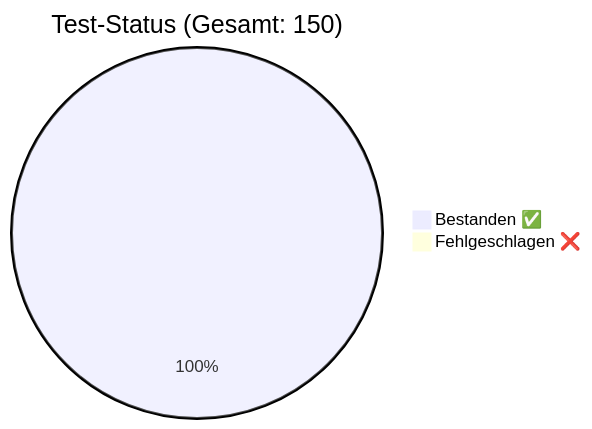
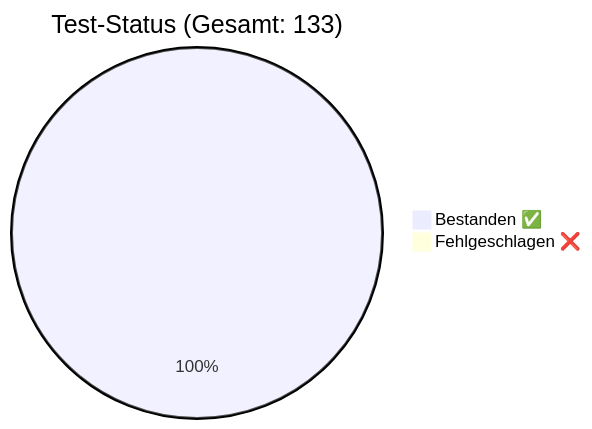
One commit to rorila/GCS changed the diagram in docs/QA_Report.md. Above: the diagram before and after it, drawn with Mermaid. The commit also changed other lines of this file and 4 other files, not shown here.

````diff
--- a/docs/QA_Report.md
+++ b/docs/QA_Report.md
@@ -7,5 +7,5 @@
 ```mermaid
-pie title Test-Status (Gesamt: 150)
-    "Bestanden ✅" : 150
+pie title Test-Status (Gesamt: 133)
+    "Bestanden ✅" : 133
     "Fehlgeschlagen ❌" : 0
 ```
````
